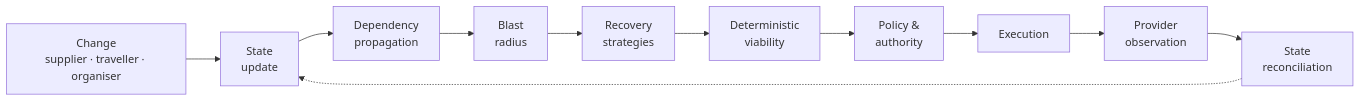
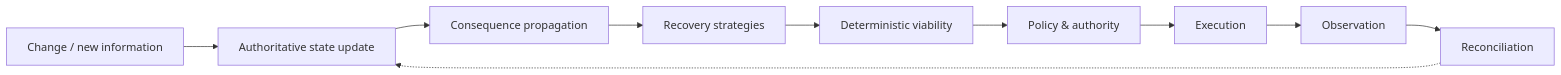
Before and after one commit to dropandresetmain-prog/qoder-atlas: the first of 3 diagrams in README.md, drawn with Mermaid. The commit also changed other lines of this file and 8 other files, not shown here.

````diff
--- a/README.md
+++ b/README.md
@@ -36,13 +25,12 @@
 ```mermaid
 flowchart LR
-  C["Change<br/>supplier · traveller · organiser"] --> S["State<br/>update"]
-  S --> P["Dependency<br/>propagation"]
-  P --> B["Blast<br/>radius"]
-  B --> R["Recovery<br/>strategies"]
-  R --> V["Deterministic<br/>viability"]
-  V --> A["Policy &<br/>authority"]
+  C["Change / new information"] --> S["Authoritative state update"]
+  S --> P["Consequence propagation"]
+  P --> R["Recovery strategies"]
+  R --> V["Deterministic viability"]
+  V --> A["Policy & authority"]
   A --> E["Execution"]
-  E --> O["Provider<br/>observation"]
-  O --> RC["State<br/>reconciliation"]
+  E --> O["Observation"]
+  O --> RC["Reconciliation"]
   RC -.-> S
 ```
````
